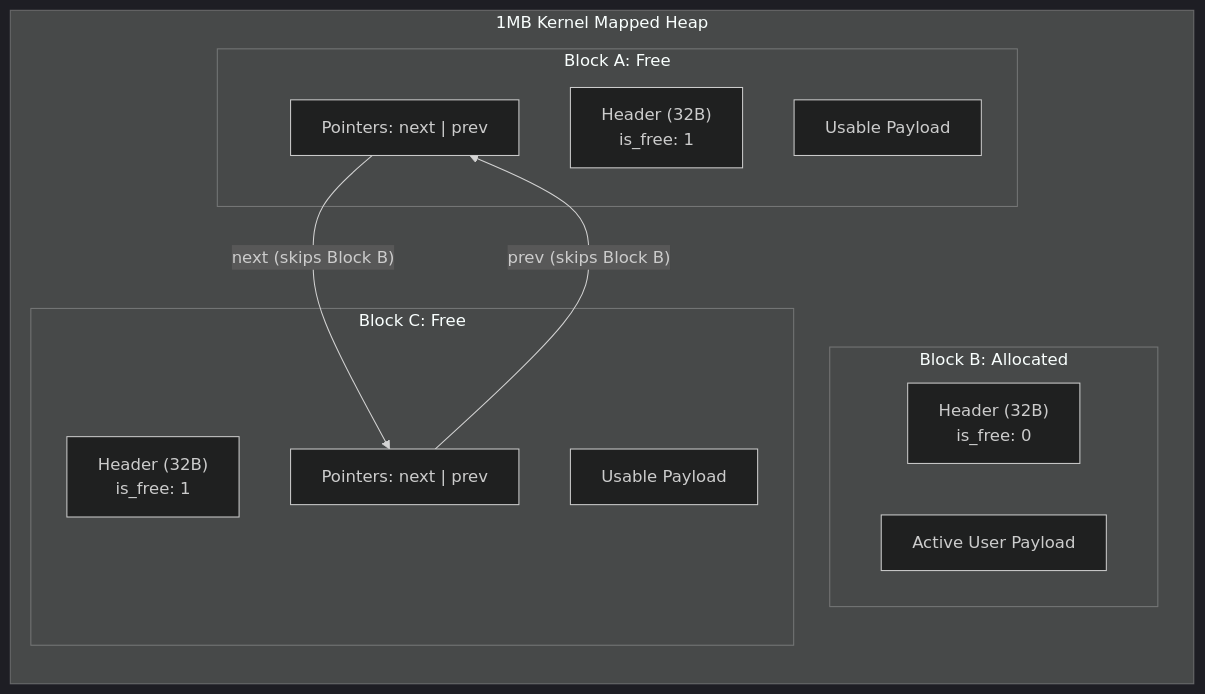
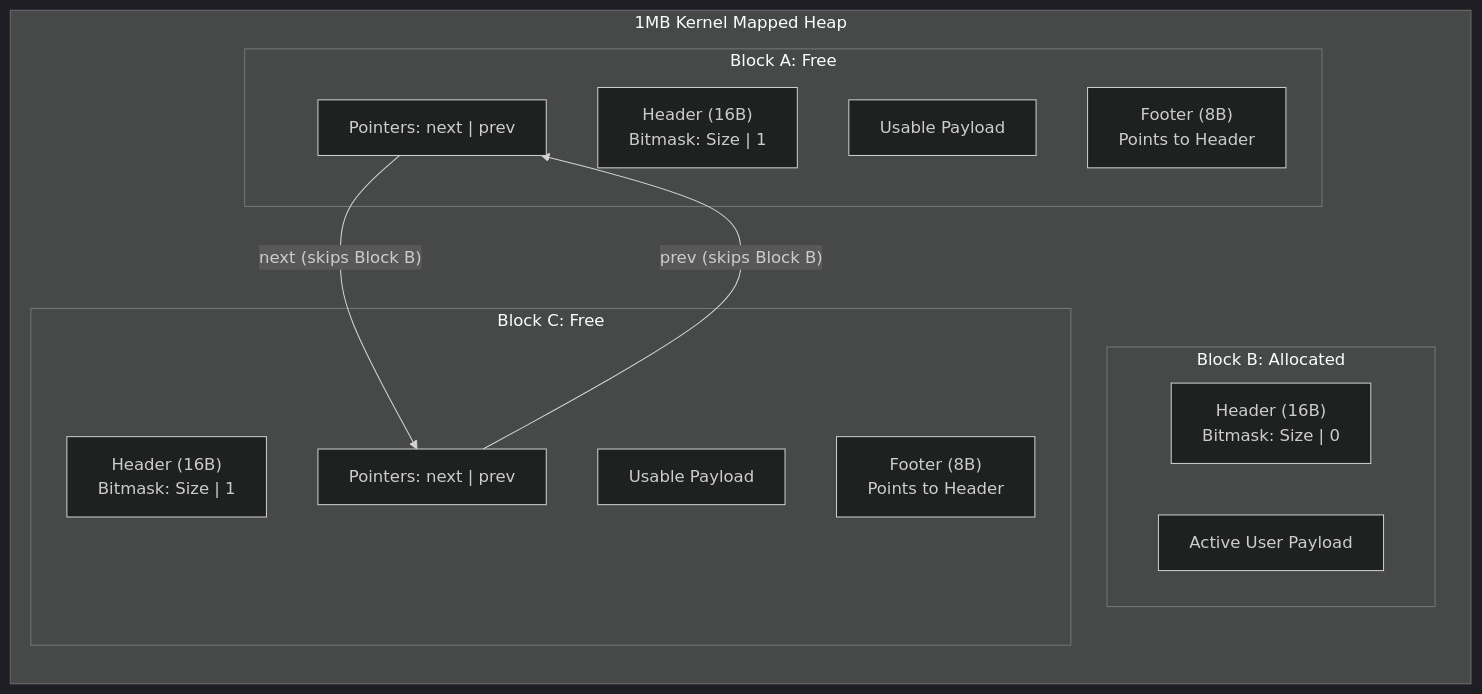
Before and after one commit to praneet-pro/custom-c-allocator: the diagram in README.md, drawn with Mermaid (dark theme). The commit also changed other lines of this file, not shown here.

````diff
--- a/README.md
+++ b/README.md
@@ -35,24 +44,26 @@
 ```mermaid
 graph LR
     subgraph Heap Arena [1MB Kernel Mapped Heap]
         subgraph BlockA [Block A: Free]
-            A_Hdr["Header (32B)<br/>is_free: 1"]
+            A_Hdr["Header (16B)<br/>Bitmask: Size | 1"]
             A_Ptr["Pointers: next | prev"]
             A_Pay["Usable Payload"]
+            A_Ftr["Footer (8B)<br/>Points to Header"]
         end
         
         subgraph BlockB [Block B: Allocated]
-            B_Hdr["Header (32B)<br/>is_free: 0"]
+            B_Hdr["Header (16B)<br/>Bitmask: Size | 0"]
             B_Pay["Active User Payload"]
         end
         
         subgraph BlockC [Block C: Free]
-            C_Hdr["Header (32B)<br/>is_free: 1"]
+            C_Hdr["Header (16B)<br/>Bitmask: Size | 1"]
             C_Ptr["Pointers: next | prev"]
             C_Pay["Usable Payload"]
+            C_Ftr["Footer (8B)<br/>Points to Header"]
         end
     end
 
     A_Ptr -- "next (skips Block B)" --> C_Ptr
     C_Ptr -- "prev (skips Block B)" --> A_Ptr
 ```
````
